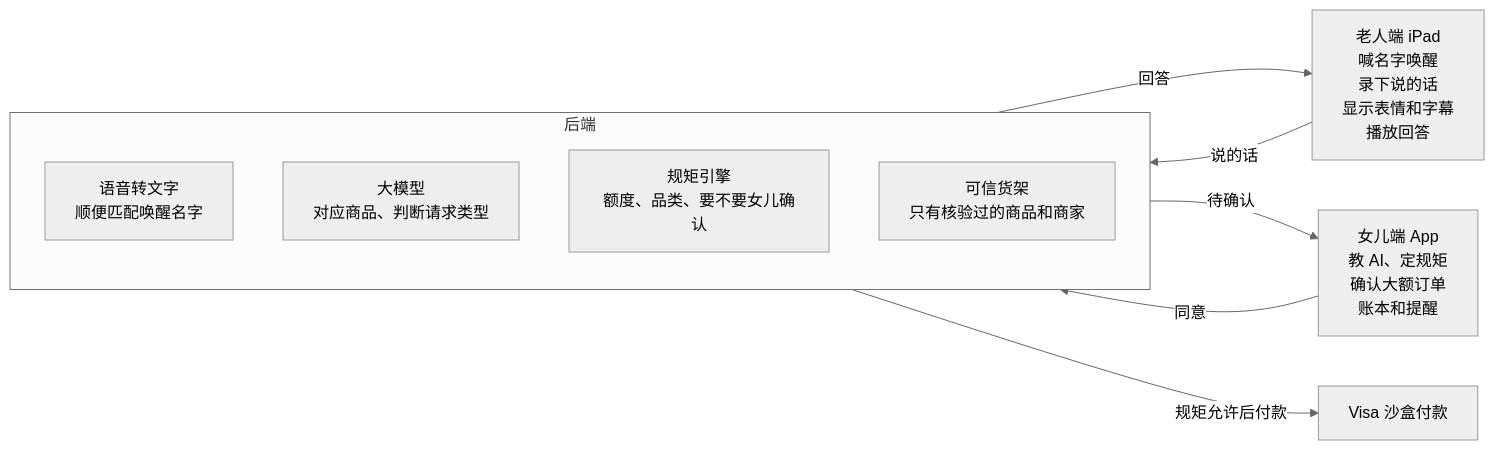
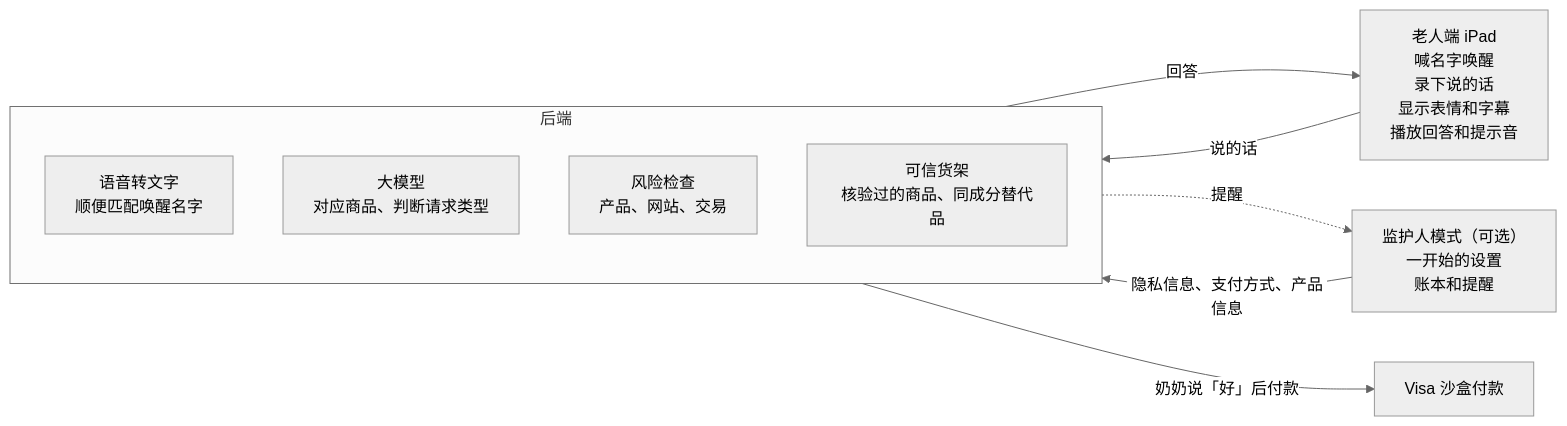
Before and after one commit to svedison/Dubhacks-26-Team-Meditation: the diagram in 产品方案.md, drawn with Mermaid (neutral theme). The commit also changed other lines of this file, not shown here.

````diff
--- a/产品方案.md
+++ b/产品方案.md
@@ -97,18 +112,18 @@
 ```mermaid
 flowchart LR
-    P["老人端 iPad<br/>喊名字唤醒<br/>录下说的话<br/>显示表情和字幕<br/>播放回答"]
+    P["老人端 iPad<br/>喊名字唤醒<br/>录下说的话<br/>显示表情和字幕<br/>播放回答和提示音"]
     subgraph S["后端"]
         direction TB
         S1["语音转文字<br/>顺便匹配唤醒名字"]
         S2["大模型<br/>对应商品、判断请求类型"]
-        S3["规矩引擎<br/>额度、品类、要不要女儿确认"]
-        S4["可信货架<br/>只有核验过的商品和商家"]
+        S3["风险检查<br/>产品、网站、交易"]
+        S4["可信货架<br/>核验过的商品、同成分替代品"]
     end
-    A["女儿端 App<br/>教 AI、定规矩<br/>确认大额订单<br/>账本和提醒"]
+    G["监护人模式（可选）<br/>一开始的设置<br/>账本和提醒"]
     V["Visa 沙盒付款"]
     P -- 说的话 --> S
     S -- 回答 --> P
-    S -- 待确认 --> A
-    A -- 同意 --> S
-    S -- 规矩允许后付款 --> V
+    G -- 隐私信息、支付方式、产品信息 --> S
+    S -. 提醒 .-> G
+    S -- 奶奶说「好」后付款 --> V
 ```
````
